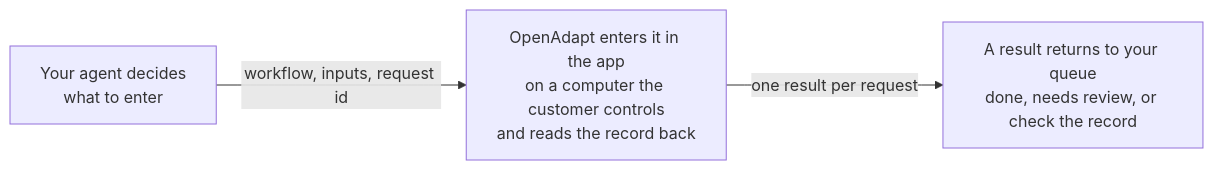
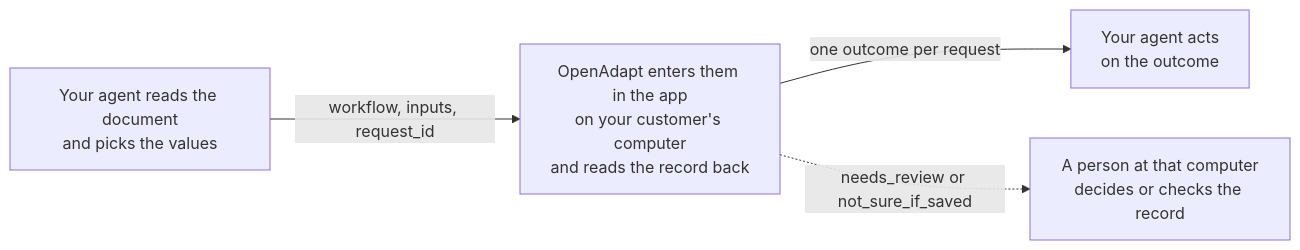
Before and after one commit to OpenAdaptAI/OpenAdapt: the diagram in packages/agent/README.md, drawn with Mermaid. The commit also changed other lines of this file, not shown here.

````diff
--- a/packages/agent/README.md
+++ b/packages/agent/README.md
@@ -12,8 +32,10 @@
 ```mermaid
 flowchart LR
-    A["Your agent decides<br/>what to enter"]
-    B["OpenAdapt enters it in the app<br/>on a computer the customer controls<br/>and reads the record back"]
-    C["A result returns to your queue<br/>done, needs review, or check the record"]
-    A -- "workflow, inputs, request id" --> B
-    B -- "one result per request" --> C
+    A["Your agent reads the document<br/>and picks the values"]
+    B["OpenAdapt enters them in the app<br/>on your customer's computer<br/>and reads the record back"]
+    C["Your agent acts<br/>on the outcome"]
+    D["A person at that computer<br/>decides or checks the record"]
+    A -->|"workflow, inputs, request_id"| B
+    B -->|"one outcome per request"| C
+    B -.->|"needs_review or not_sure_if_saved"| D
 ```
````
